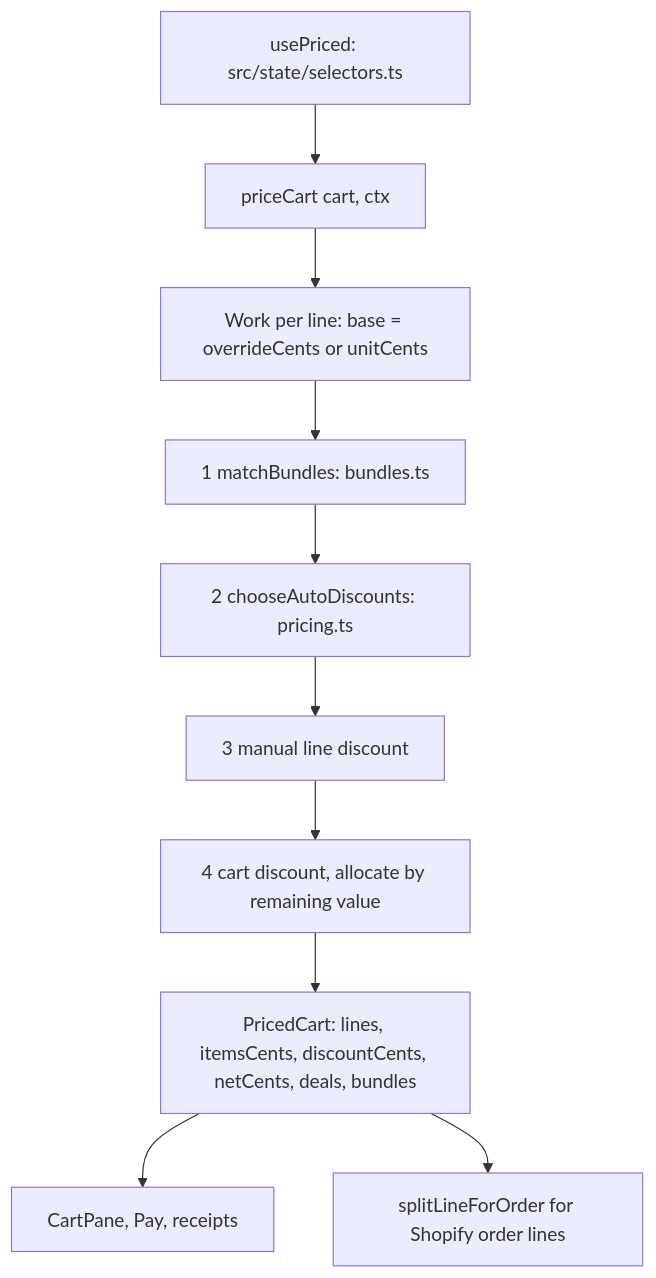
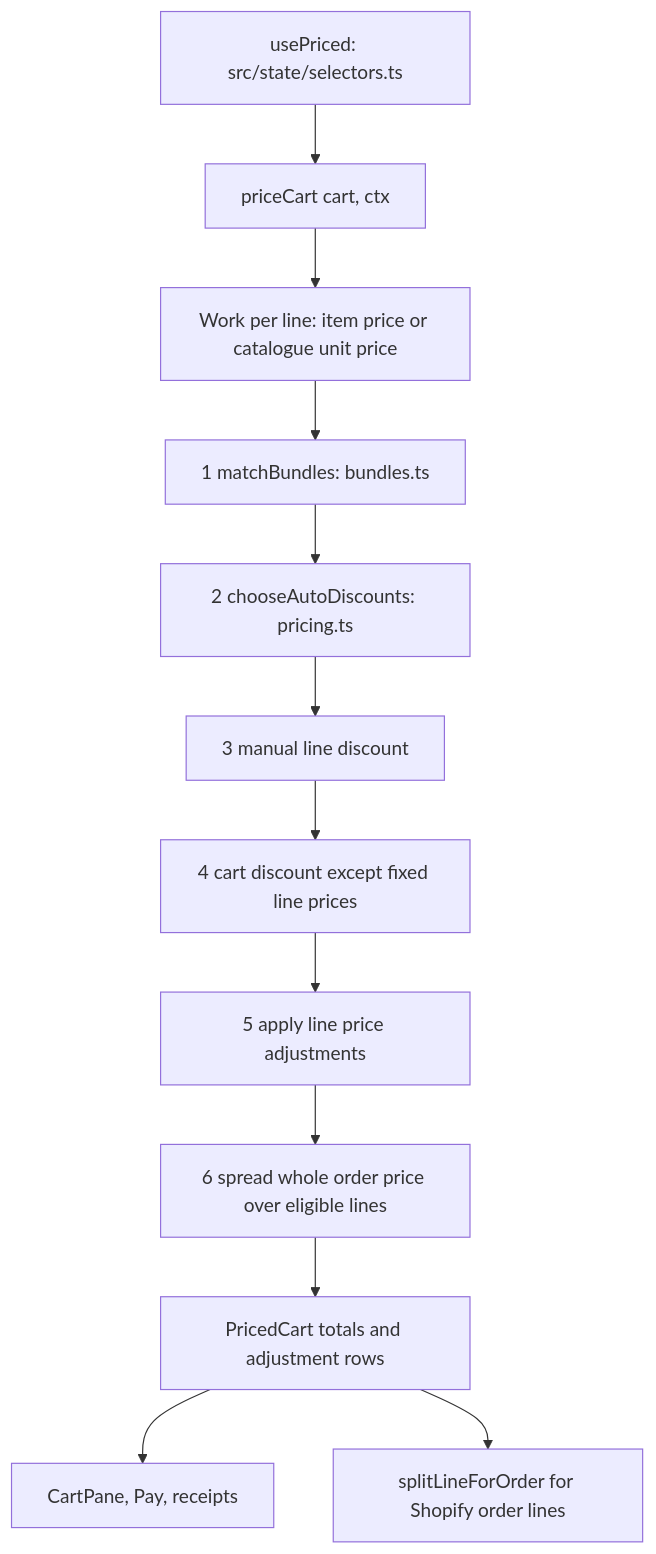
The diagram in help/sales/cart-and-prices.md (Kousei-Uchu/aidens3dp-pos), drawn with Mermaid before and after one commit. The commit also changed other lines of this file and 132 other files, not shown here.

````diff
--- a/help/sales/cart-and-prices.md
+++ b/help/sales/cart-and-prices.md
@@ -72,12 +91,14 @@
 ```mermaid
 flowchart TD
   U[usePriced: src/state/selectors.ts] --> P[priceCart cart, ctx]
-  P --> W[Work per line: base = overrideCents or unitCents]
+  P --> W[Work per line: item price or catalogue unit price]
   W --> B1[1 matchBundles: bundles.ts]
   B1 --> B2[2 chooseAutoDiscounts: pricing.ts]
   B2 --> B3[3 manual line discount]
-  B3 --> B4[4 cart discount, allocate by remaining value]
-  B4 --> R[PricedCart: lines, itemsCents, discountCents, netCents, deals, bundles]
+  B3 --> B4[4 cart discount except fixed line prices]
+  B4 --> B5[5 apply line price adjustments]
+  B5 --> B6[6 spread whole order price over eligible lines]
+  B6 --> R[PricedCart totals and adjustment rows]
   R --> UI[CartPane, Pay, receipts]
   R --> S[splitLineForOrder for Shopify order lines]
 ```
````
